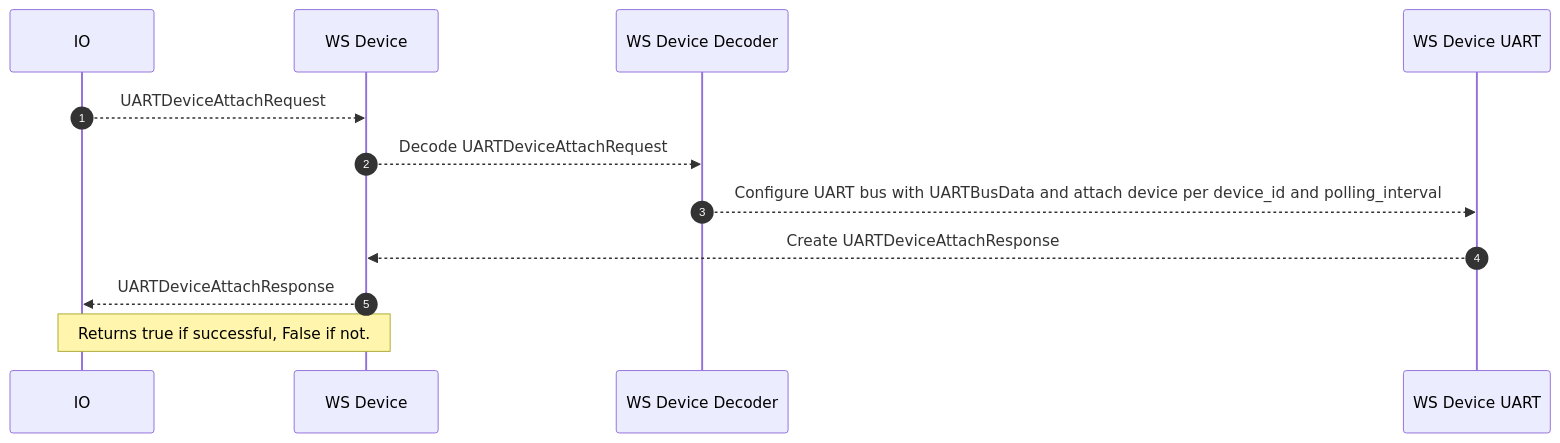
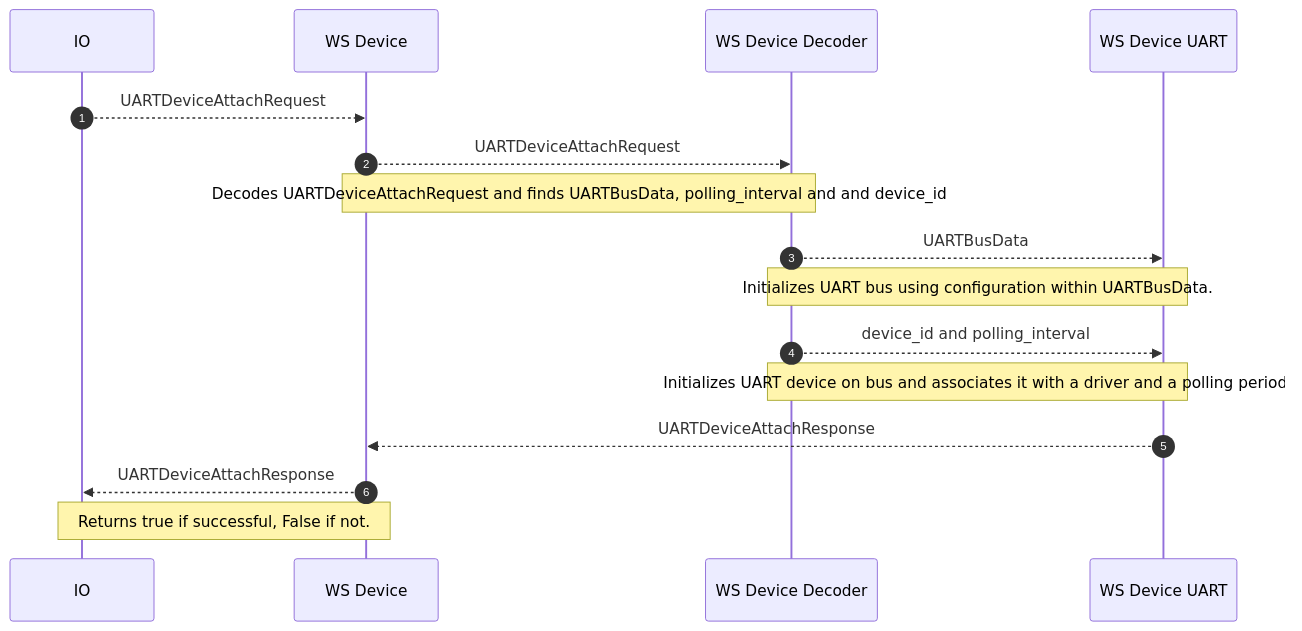
One commit to adafruit/Wippersnapper_Protobuf changed the diagram in proto/wippersnapper/uart/v1/uart.md. Above: the diagram before and after it, drawn with Mermaid.

Commit message:
update seq diagram

````diff
--- a/proto/wippersnapper/uart/v1/uart.md
+++ b/proto/wippersnapper/uart/v1/uart.md
@@ -18,11 +18,17 @@
 ```mermaid
 sequenceDiagram
 autonumber
 
 IO-->>WS Device: UARTDeviceAttachRequest
-WS Device-->>WS Device Decoder: Decode UARTDeviceAttachRequest
-WS Device Decoder-->>WS Device UART: Configure UART bus with UARTBusData and attach device per device_id and polling_interval
-WS Device UART-->>WS Device: Create UARTDeviceAttachResponse
+WS Device-->>WS Device Decoder: UARTDeviceAttachRequest
+Note over WS Device, WS Device Decoder: Decodes UARTDeviceAttachRequest and finds UARTBusData, polling_interval and and device_id
+
+WS Device Decoder-->>WS Device UART: UARTBusData
+Note over WS Device Decoder, WS Device UART: Initializes UART bus using configuration within UARTBusData.
+
+WS Device Decoder-->>WS Device UART: device_id and polling_interval
+Note over WS Device Decoder, WS Device UART: Initializes UART device on bus and associates it with a driver and a polling period.
+WS Device UART-->>WS Device: UARTDeviceAttachResponse
 WS Device-->>IO: UARTDeviceAttachResponse
 Note over WS Device, IO: Returns true if successful, False if not.
 ```
````
